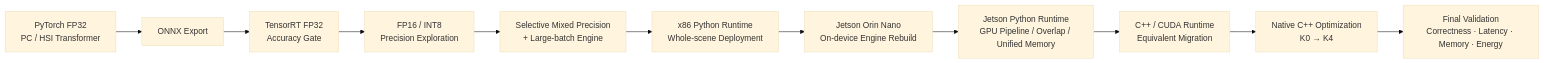
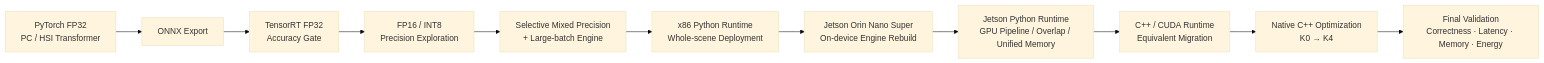
The first of 3 diagrams in README.md (daydreamer00824/hspc-deploy), drawn with Mermaid (base theme) before and after one commit. The commit also changed other lines of this file, not shown here.

````diff
--- a/README.md
+++ b/README.md
@@ -25,16 +25,16 @@
 ```mermaid
 flowchart LR
     A["PyTorch FP32<br/>PC / HSI Transformer"]
     B["ONNX Export"]
     C["TensorRT FP32<br/>Accuracy Gate"]
     D["FP16 / INT8<br/>Precision Exploration"]
     E["Selective Mixed Precision<br/>+ Large-batch Engine"]
     F["x86 Python Runtime<br/>Whole-scene Deployment"]
-    G["Jetson Orin Nano<br/>On-device Engine Rebuild"]
+    G["Jetson Orin Nano Super<br/>On-device Engine Rebuild"]
     H["Jetson Python Runtime<br/>GPU Pipeline / Overlap / Unified Memory"]
     I["C++ / CUDA Runtime<br/>Equivalent Migration"]
     J["Native C++ Optimization<br/>K0 → K4"]
     K["Final Validation<br/>Correctness · Latency · Memory · Energy"]
 
     A --> B --> C --> D --> E --> F --> G --> H --> I --> J --> K
 ```
````
